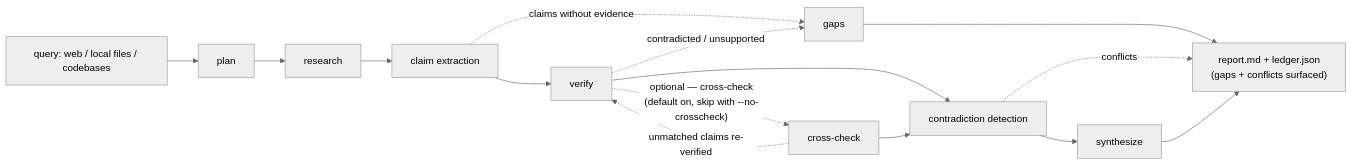
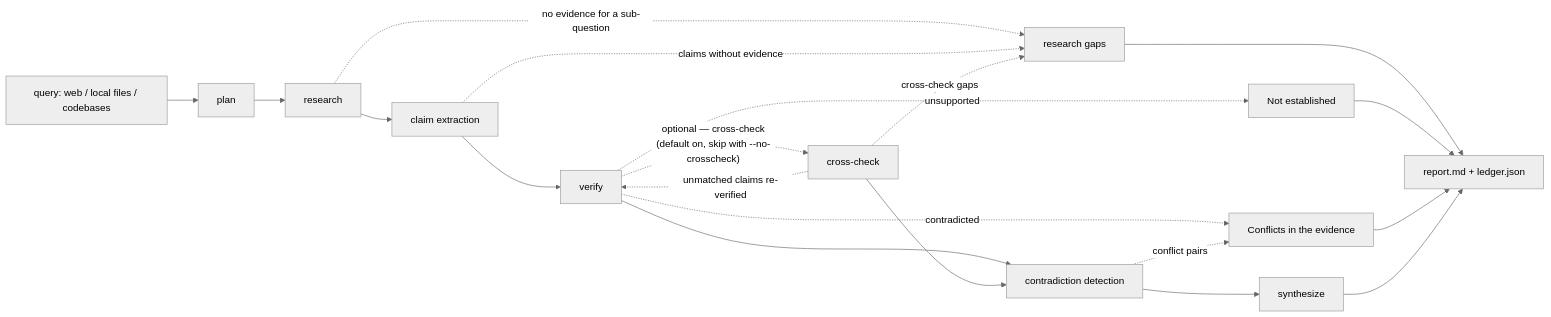
One commit to MerverliPy/veritas changed the diagram in README.md. Above: the diagram before and after it, drawn with Mermaid (neutral theme). The commit also changed other lines of this file and 1 other file, not shown here.

Commit message:
docs: fix Codex review P2s — accurate verifier-outcome routing + gitignore scope
- README mermaid: verifier rejections routed to their real report sections
  (unsupported -> Not established, contradicted -> Conflicts in the evidence);
  research gaps node now sourced only from research/claims/cross-check gaps
- README report.md artifact bullet: separate Not established from research gaps
- DESIGN audit-loss row: qualify gitignore claim — default ./out is ignored,
  custom --outdir locations are not

````diff
--- a/README.md
+++ b/README.md
@@ -12,17 +12,22 @@
 ```mermaid
 flowchart LR
   Q["query: web / local files / codebases"] --> P[plan]
   P --> R[research]
   R --> C[claim extraction]
   C --> V[verify]
   V -.->|"optional — cross-check<br/>(default on, skip with --no-crosscheck)"| X["cross-check"]
   X -.->|"unmatched claims re-verified"| V
   V --> D[contradiction detection]
   X --> D
-  C -.->|claims without evidence| G[gaps]
-  V -.->|contradicted / unsupported| G
-  G --> OUT["report.md + ledger.json<br/>(gaps + conflicts surfaced)"]
-  D -.->|conflicts| OUT
+  R -.->|no evidence for a sub-question| G[research gaps]
+  C -.->|claims without evidence| G
+  X -.->|cross-check gaps| G
+  V -.->|unsupported| NE["Not established"]
+  V -.->|contradicted| CO["Conflicts in the evidence"]
+  D -.->|conflict pairs| CO
+  G --> OUT["report.md + ledger.json"]
+  NE --> OUT
+  CO --> OUT
   D --> S[synthesize]
   S --> OUT
 ```
````
